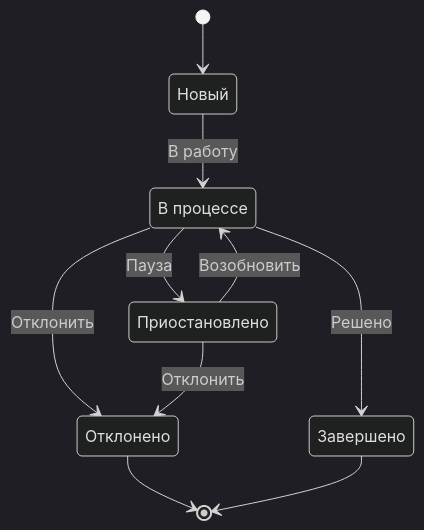
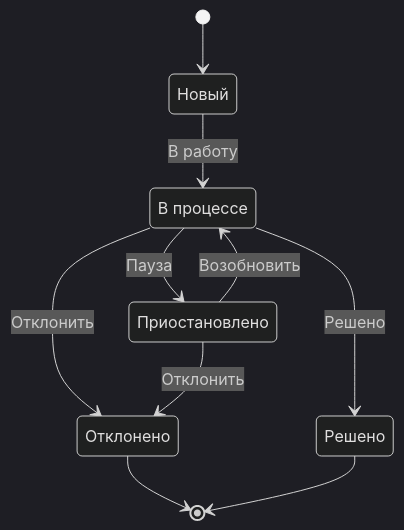
Before and after one commit to krivobokovvv/project-life: the second of 2 diagrams in docs/mvp.md, drawn with Mermaid (dark theme). The commit also changed other lines of this file and 1 other file, not shown here.

````diff
--- a/docs/mvp.md
+++ b/docs/mvp.md
@@ -49,18 +49,18 @@
 ```mermaid
 stateDiagram-v2
     N : Новый
     P : В процессе
     Pp : Приостановлено
-    C : Завершено
+    C : Решено
     R : Отклонено
 
     [*] --> N
     N --> P : В работу
     P --> R : Отклонить
     P --> C : Решено
     P --> Pp : Пауза
     Pp --> P : Возобновить
     Pp --> R : Отклонить
     R --> [*]
     C --> [*]
 ```
````
